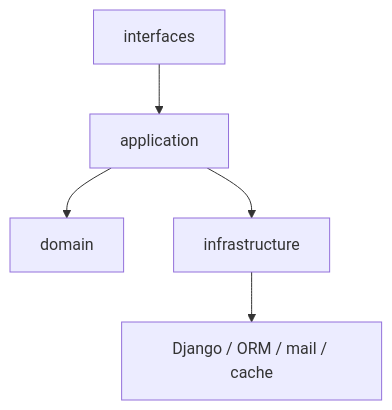
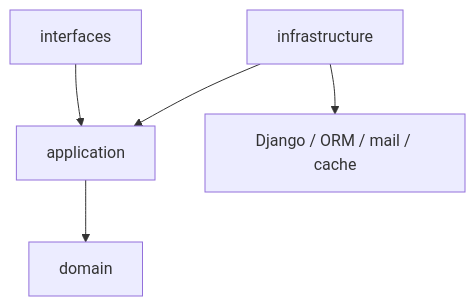
Before and after one commit to Mkdir-arg/SistemSo: the second of 2 diagrams in docs/funcionalidades/arquitectura-modular/v1.0_monolito-modular-activable.md, drawn with Mermaid. The commit also changed other lines of this file and 307 other files, not shown here.

````diff
--- a/docs/funcionalidades/arquitectura-modular/v1.0_monolito-modular-activable.md
+++ b/docs/funcionalidades/arquitectura-modular/v1.0_monolito-modular-activable.md
@@ -49,7 +50,7 @@
 ```mermaid
 flowchart TD
   interfaces["interfaces"] --> application["application"]
   application --> domain["domain"]
-  application --> infrastructure["infrastructure"]
+  infrastructure["infrastructure"] --> application
   infrastructure --> framework["Django / ORM / mail / cache"]
 ```
````
